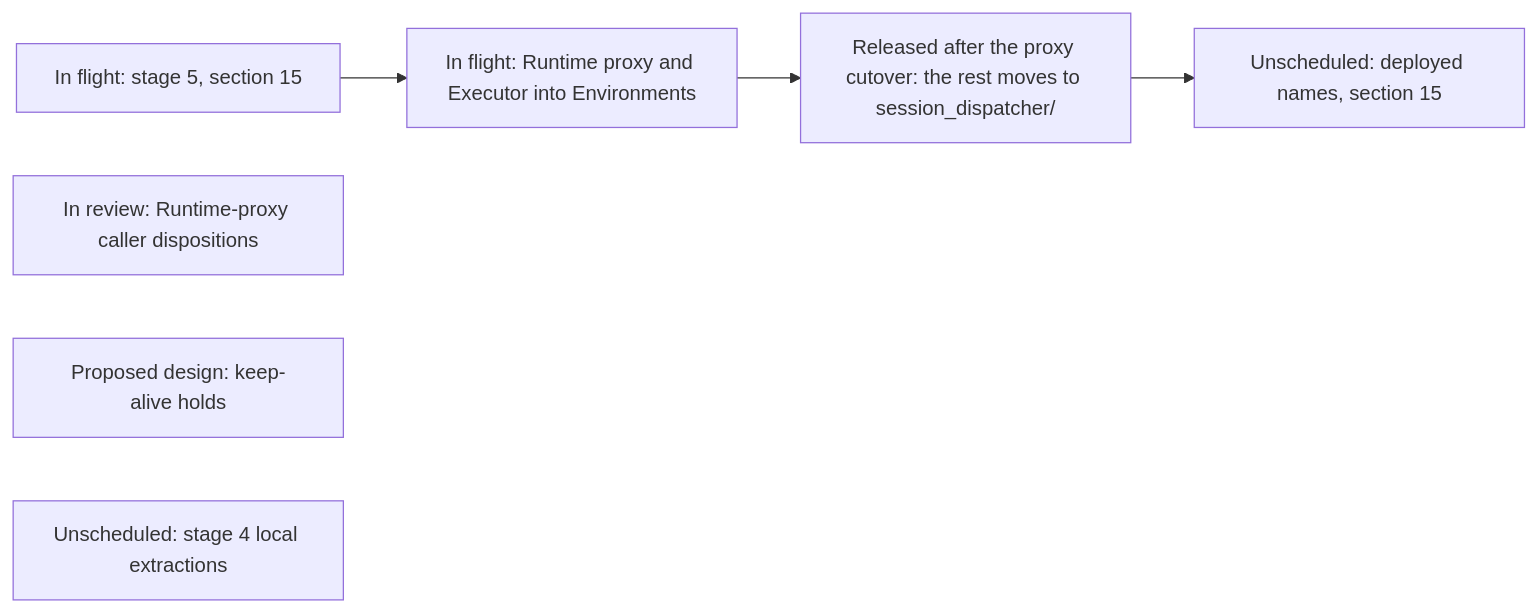
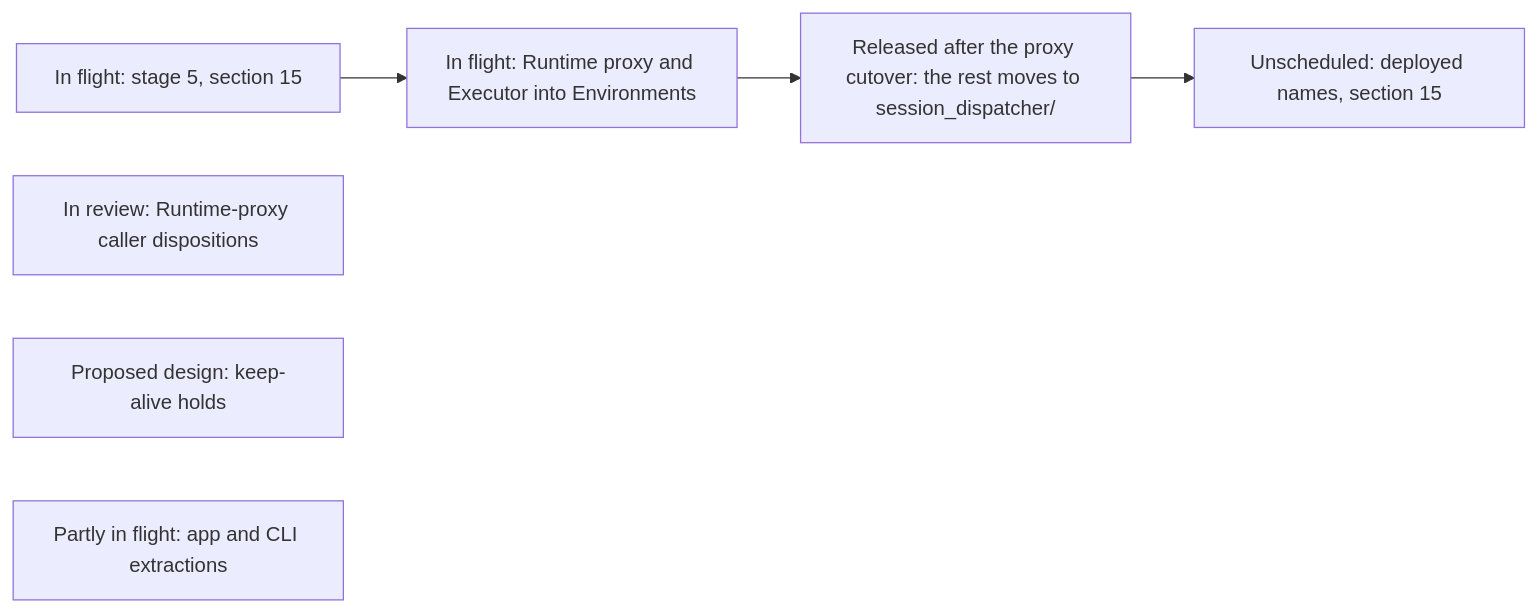
Before and after one commit to agentydragon/ducktape: diagram 21 of 21 in agentplane/plans/task_dag.md, drawn with Mermaid. The commit also changed other lines of this file, not shown here.

First line of the commit message:
agentplane/plans: record the coherence sweep and app/CLI extractions release

````diff
--- a/agentplane/plans/task_dag.md
+++ b/agentplane/plans/task_dag.md
@@ -3952,13 +3955,13 @@
 ```mermaid
 flowchart LR
     PRIVILEGED_BACKEND_AUTH_DESIGN[In flight: stage 5, section 15]
     RUNTIME_PROXY_CALLER_AUDIT[In review: Runtime-proxy caller dispositions]
     RUNTIME_PROXY_TO_ENVIRONMENTS[In flight: Runtime proxy and Executor into Environments]
     SESSIONS_BINARY_DIRECTORY[Released after the proxy cutover: the rest moves to session_dispatcher/]
     ENVIRONMENT_KEEP_ALIVE_HOLDS[Proposed design: keep-alive holds]
-    GO_LOCAL_EXTRACTIONS[Unscheduled: stage 4 local extractions]
+    GO_LOCAL_EXTRACTIONS[Partly in flight: app and CLI extractions]
     RUNNER_GATEWAY_RENAME[Unscheduled: deployed names, section 15]
     PRIVILEGED_BACKEND_AUTH_DESIGN --> RUNTIME_PROXY_TO_ENVIRONMENTS
     RUNTIME_PROXY_TO_ENVIRONMENTS --> SESSIONS_BINARY_DIRECTORY
     SESSIONS_BINARY_DIRECTORY --> RUNNER_GATEWAY_RENAME
 ```
````
